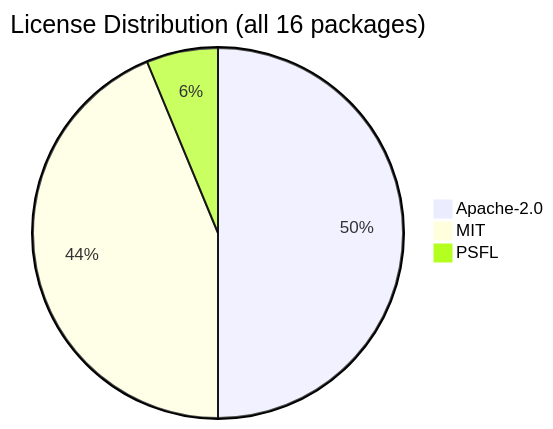
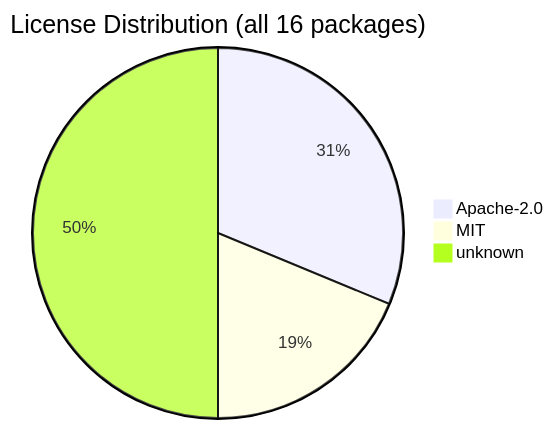
One commit to svenroth-ai/shipwright changed the diagram in .shipwright/compliance/sbom.md. Above: the diagram before and after it, drawn with Mermaid. The commit also changed other lines of this file and 189 other files, not shown here.

````diff
--- a/.shipwright/compliance/sbom.md
+++ b/.shipwright/compliance/sbom.md
@@ -20,6 +20,6 @@
 ```mermaid
 pie title License Distribution (all 16 packages)
-    "Apache-2.0" : 8
-    "MIT" : 7
-    "PSFL" : 1
+    "Apache-2.0" : 5
+    "MIT" : 3
+    "unknown" : 8
 ```
````
